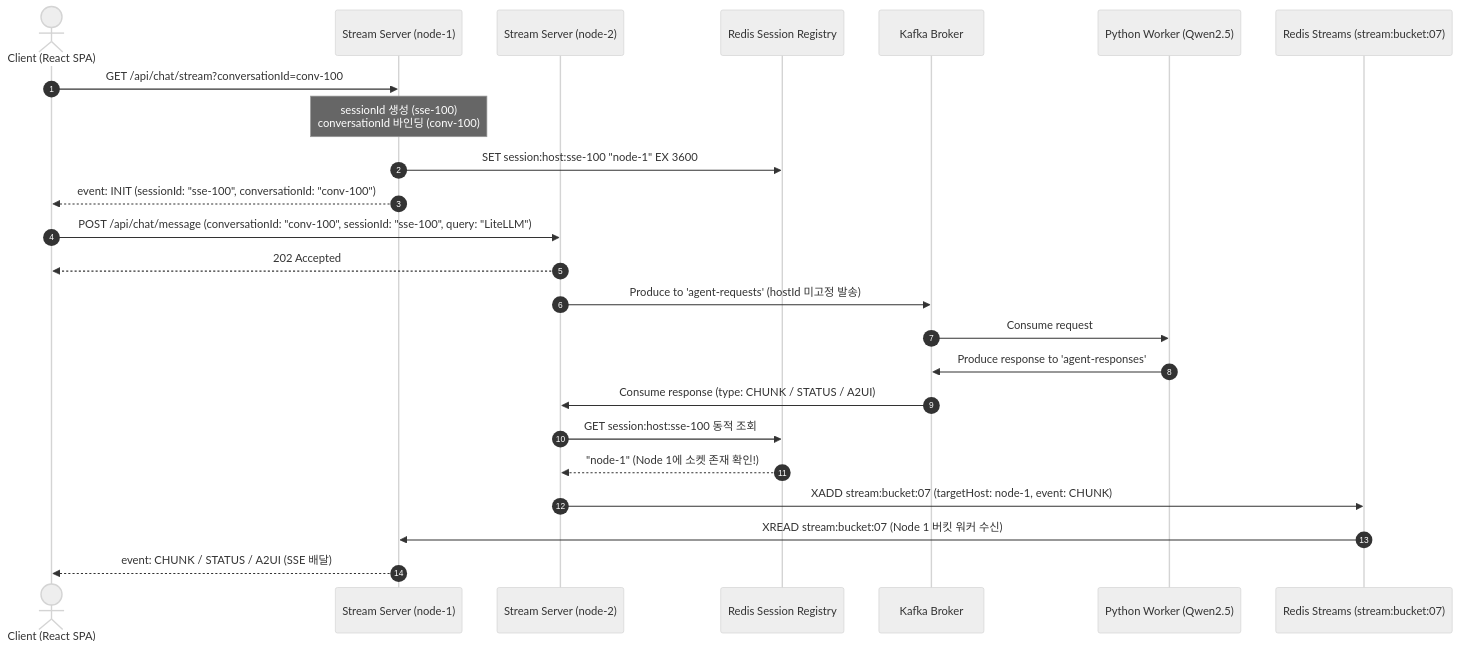
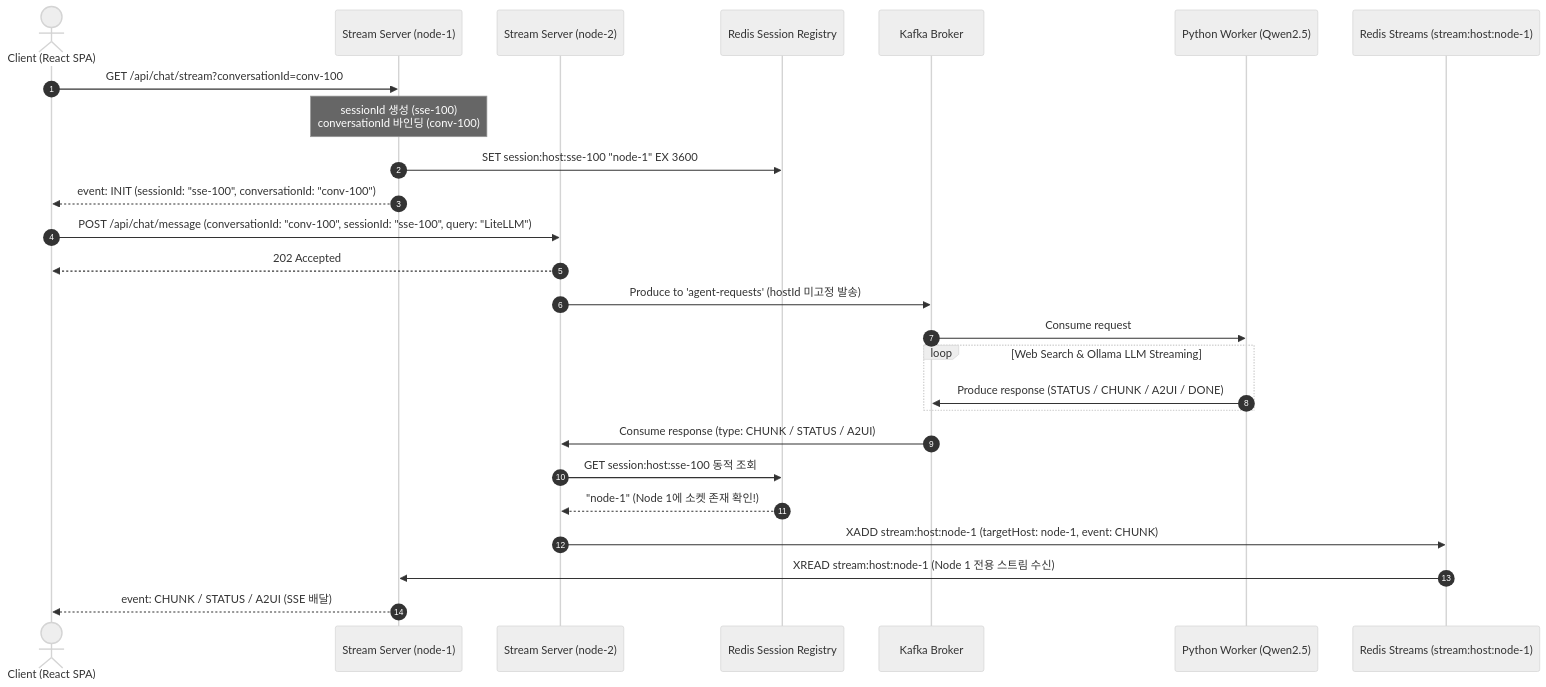
Before and after one commit to jhkim105/agent-streaming: the first of 2 diagrams in docs/2.architecture.md, drawn with Mermaid (neutral theme). The commit also changed other lines of this file, not shown here.

Commit message:
docs: 2.architecture.md 아키텍처 문서 현행화 (ADR 0003, Redis Streams 노드별 라우팅, 컨슈머 동적 세션 조회 반영)

````diff
--- a/docs/2.architecture.md
+++ b/docs/2.architecture.md
@@ -74,36 +78,38 @@
 ```mermaid
 sequenceDiagram
     autonumber
     actor Client as Client (React SPA)
     participant Server1 as Stream Server (node-1)
     participant Server2 as Stream Server (node-2)
     participant RedisReg as Redis Session Registry
     participant Kafka as Kafka Broker
     participant Agent as Python Worker (Qwen2.5)
-    participant RStream as Redis Streams (stream:bucket:07)
+    participant RStream as Redis Streams (stream:host:node-1)
 
     %% 1. SSE Connection & Session Location Registry
     Client->>Server1: GET /api/chat/stream?conversationId=conv-100
     Note over Server1: sessionId 생성 (sse-100)<br/>conversationId 바인딩 (conv-100)
     Server1->>RedisReg: SET session:host:sse-100 "node-1" EX 3600
     Server1-->>Client: event: INIT (sessionId: "sse-100", conversationId: "conv-100")
 
     %% 2. L4 Round-Robin POST Request
     Client->>Server2: POST /api/chat/message (conversationId: "conv-100", sessionId: "sse-100", query: "LiteLLM")
     Server2-->>Client: 202 Accepted
     Server2->>Kafka: Produce to 'agent-requests' (hostId 미고정 발송)
 
     %% 3. Python Worker Processing
     Kafka->>Agent: Consume request
-    Agent->>Kafka: Produce response to 'agent-responses'
+    loop Web Search & Ollama LLM Streaming
+        Agent->>Kafka: Produce response (STATUS / CHUNK / A2UI / DONE)
+    end
 
     %% 4. Consumer Dynamic Lookup & Redis Streams Relay
     Kafka->>Server2: Consume response (type: CHUNK / STATUS / A2UI)
     Server2->>RedisReg: GET session:host:sse-100 동적 조회
     RedisReg-->>Server2: "node-1" (Node 1에 소켓 존재 확인!)
-    Server2->>RStream: XADD stream:bucket:07 (targetHost: node-1, event: CHUNK)
+    Server2->>RStream: XADD stream:host:node-1 (targetHost: node-1, event: CHUNK)
 
     %% 5. Node 1 Stream Read & Client SSE Delivery
-    RStream->>Server1: XREAD stream:bucket:07 (Node 1 버킷 워커 수신)
+    RStream->>Server1: XREAD stream:host:node-1 (Node 1 전용 스트림 수신)
     Server1-->>Client: event: CHUNK / STATUS / A2UI (SSE 배달)
 ```
````
